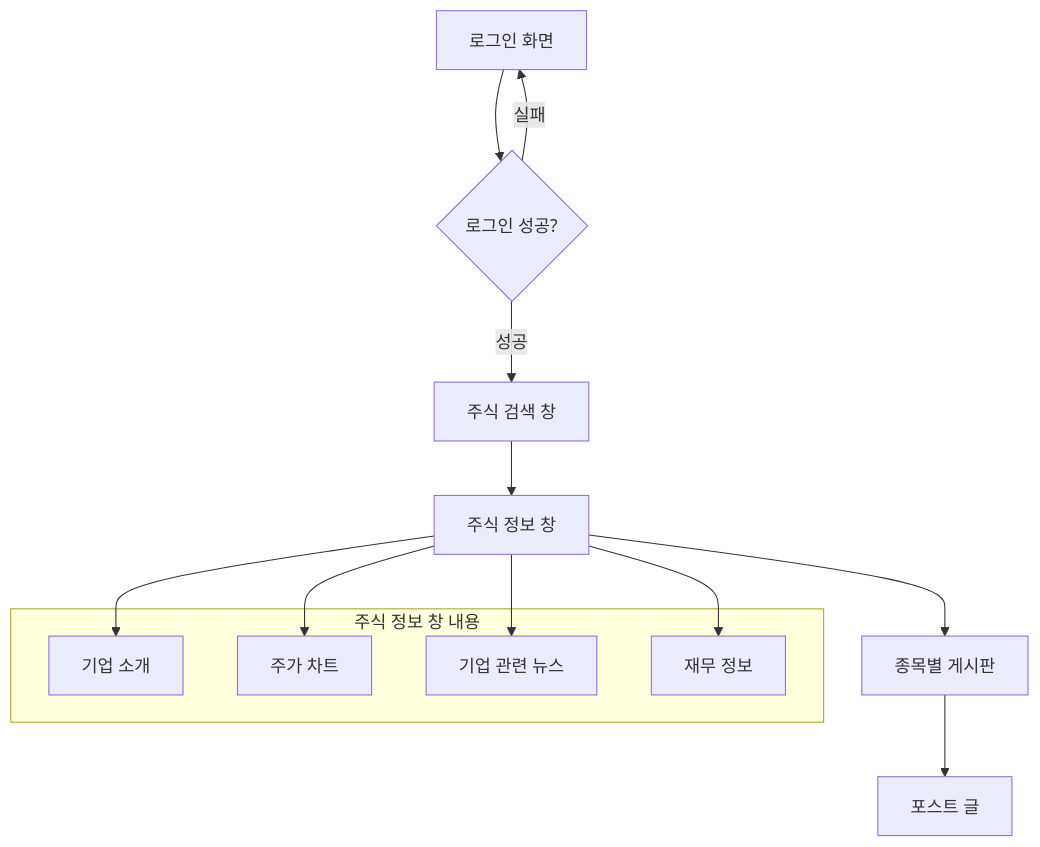
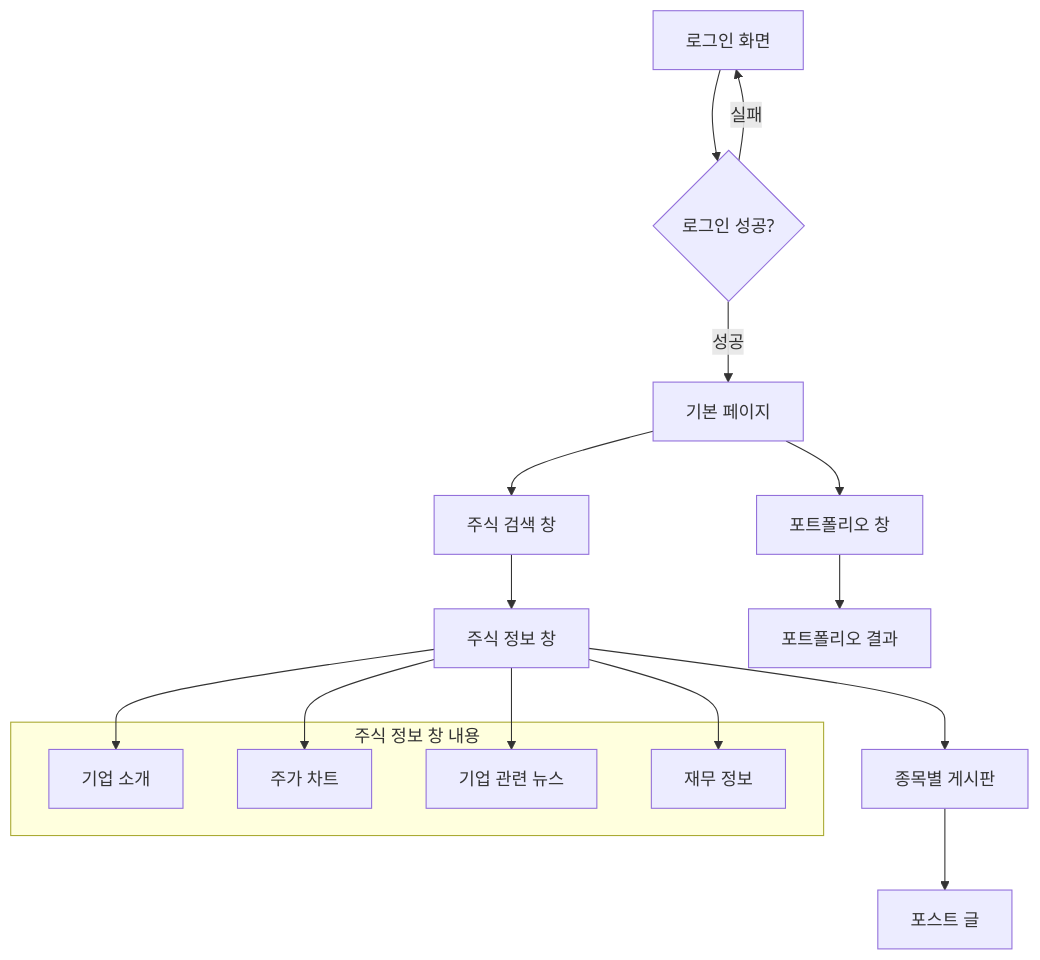
One commit to Donggyu-Kim1/stalk changed the second of 3 diagrams in README.md. Above: the diagram before and after it, drawn with Mermaid. The commit also changed other lines of this file, not shown here.

````diff
--- a/README.md
+++ b/README.md
@@ -249,21 +278,29 @@
 ```mermaid
-    graph TD
-        A[로그인 화면] --> B{로그인 성공?}
-        B -->|성공| C[주식 검색 창]
-        B -->|실패| A
-        C --> D[주식 정보 창]
-        D --> E[종목별 게시판]
-        E --> F[포스트 글]
-        
-        subgraph "주식 정보 창 내용"
-            D1[기업 소개]
-            D2[주가 차트]
-            D3[기업 관련 뉴스]
-            D4[재무 정보]
-        end
-        
-        D --> D1
-        D --> D2
-        D --> D3
-        D --> D4
+graph TD
+    A[로그인 화면] --> B{로그인 성공?}
+    B -->|성공| C[기본 페이지]
+    B -->|실패| A
+
+    C --> D[주식 검색 창]
+    C --> G[포트폴리오 창]
+
+    %% 주식 정보 창 흐름
+    D --> H[주식 정보 창]
+    H --> I[종목별 게시판]
+    I --> J[포스트 글]
+    
+    subgraph "주식 정보 창 내용"
+        H1[기업 소개]
+        H2[주가 차트]
+        H3[기업 관련 뉴스]
+        H4[재무 정보]
+    end
+    
+    H --> H1
+    H --> H2
+    H --> H3
+    H --> H4
+
+    %% 포트폴리오 창 흐름
+    G --> K[포트폴리오 결과]
 ```
````
